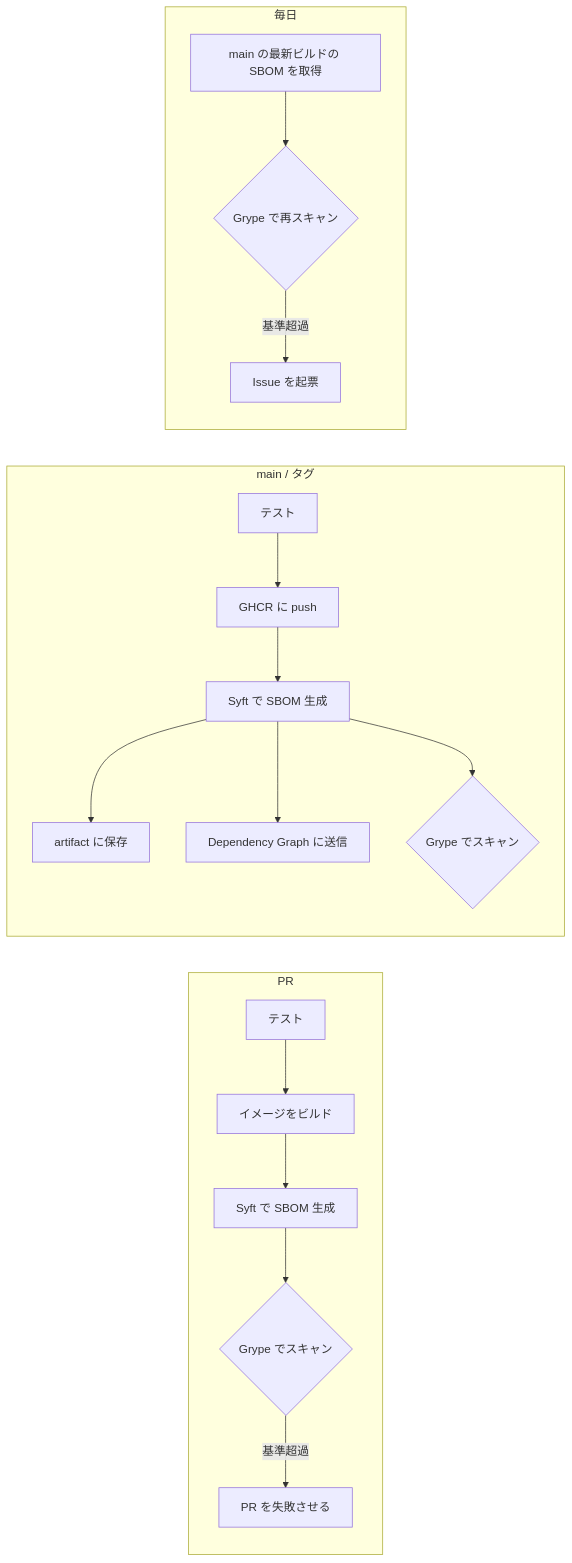
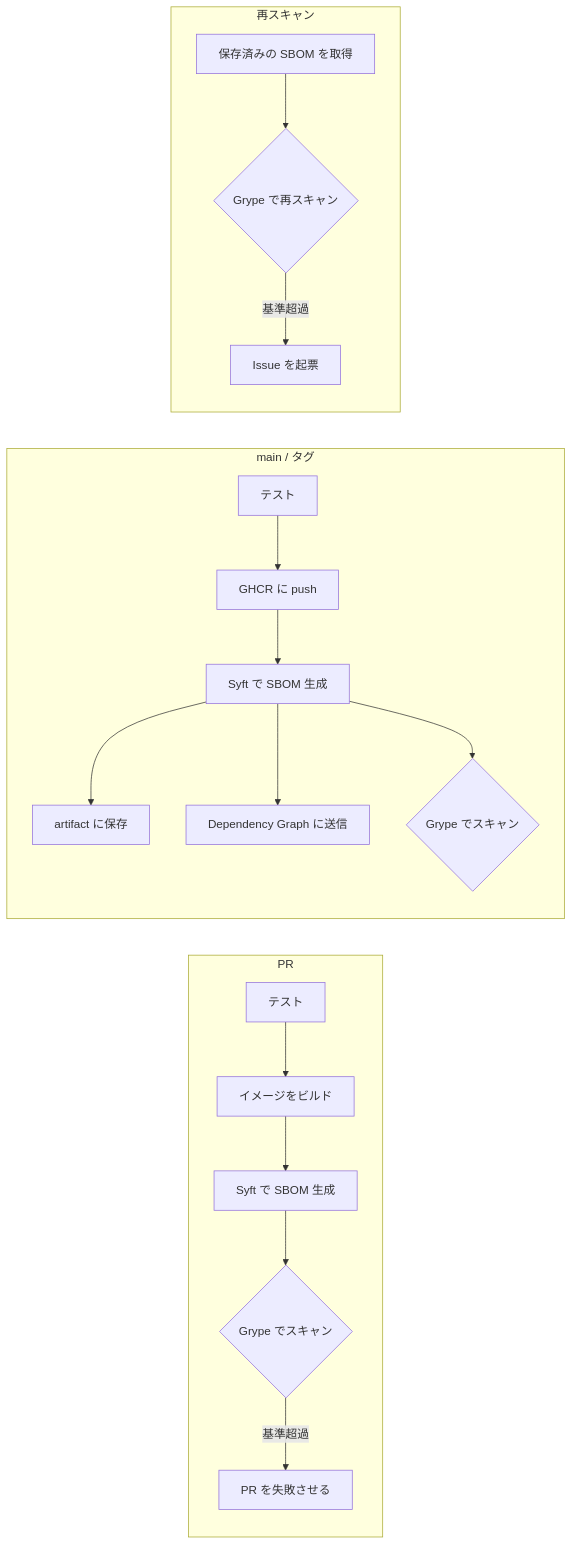
The diagram in README.md (benevolent0505/sbom-training), drawn with Mermaid before and after one commit. The commit also changed other lines of this file and 5 other files, not shown here.

````diff
--- a/README.md
+++ b/README.md
@@ -11,17 +14,17 @@
 ```mermaid
 flowchart LR
   subgraph PR
     A[テスト] --> B[イメージをビルド] --> C[Syft で SBOM 生成] --> D{Grype でスキャン}
     D -- 基準超過 --> X[PR を失敗させる]
   end
   subgraph main / タグ
     E[テスト] --> F[GHCR に push] --> G[Syft で SBOM 生成]
     G --> H[artifact に保存]
     G --> I[Dependency Graph に送信]
     G --> J{Grype でスキャン}
   end
-  subgraph 毎日
-    K[main の最新ビルドの SBOM を取得] --> M{Grype で再スキャン}
+  subgraph 再スキャン
+    K[保存済みの SBOM を取得] --> M{Grype で再スキャン}
     M -- 基準超過 --> N[Issue を起票]
   end
 ```
````
